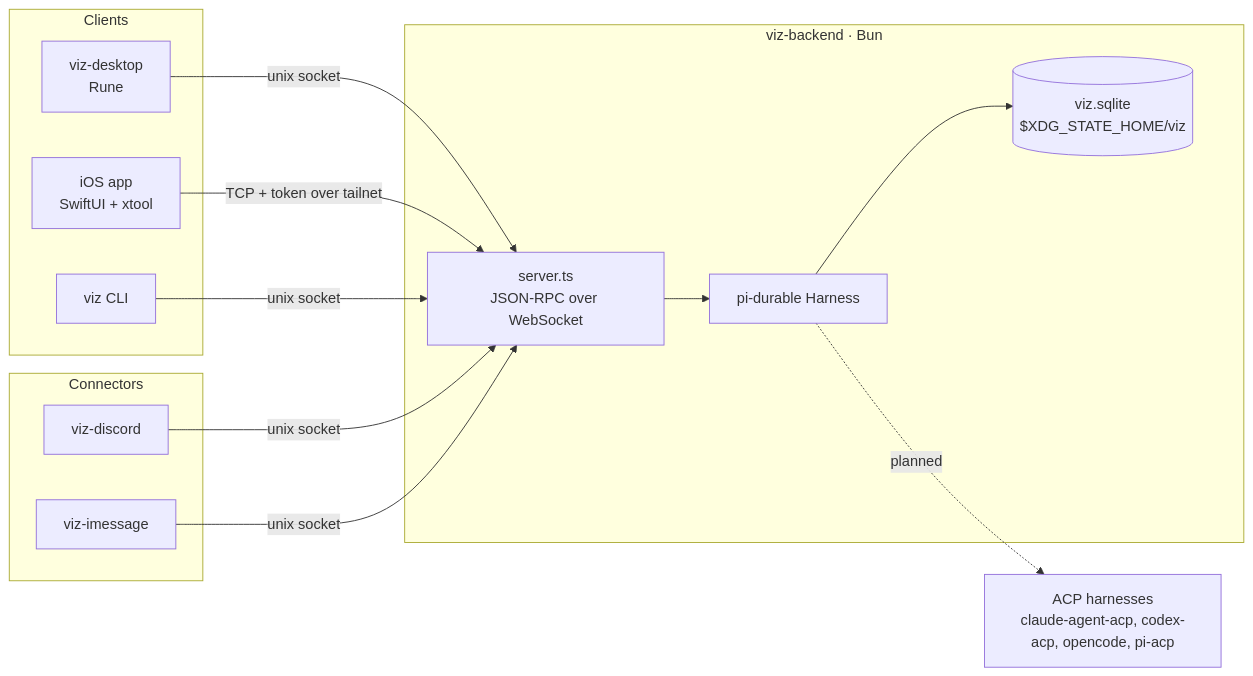
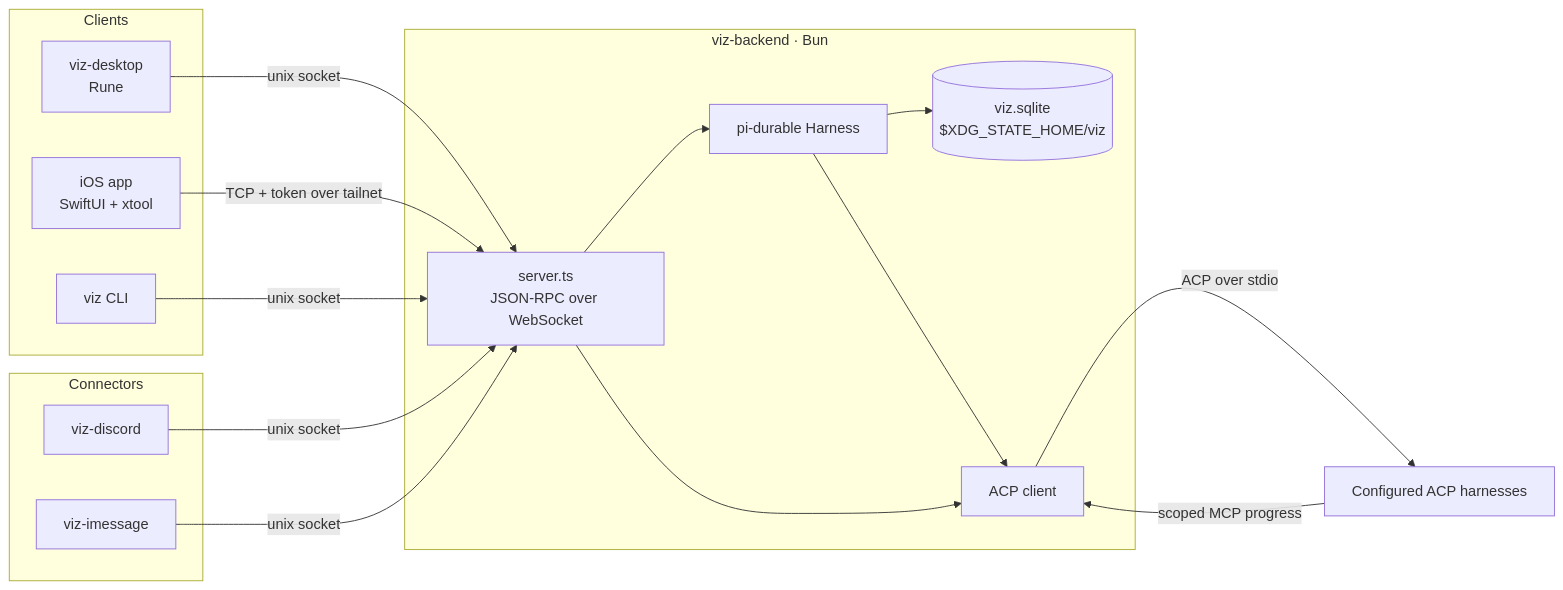
One commit to vidhanio/viz changed the diagram in docs/architecture.md. Above: the diagram before and after it, drawn with Mermaid. The commit also changed other lines of this file and 23 other files, not shown here.

````diff
--- a/docs/architecture.md
+++ b/docs/architecture.md
@@ -5,23 +5,27 @@
 ```mermaid
 flowchart LR
   subgraph clients[Clients]
     desktop[viz-desktop<br/>Rune]
     ios[iOS app<br/>SwiftUI + xtool]
     cli[viz CLI]
   end
   subgraph connectors[Connectors]
     discord[viz-discord]
     imessage[viz-imessage]
   end
   subgraph backend[viz-backend · Bun]
     server[server.ts<br/>JSON-RPC over WebSocket]
     harness[pi-durable Harness]
+    acp[ACP client]
     db[(viz.sqlite<br/>$XDG_STATE_HOME/viz)]
   end
-  harnesses[ACP harnesses<br/>claude-agent-acp, codex-acp, opencode, pi-acp]
+  harnesses[Configured ACP harnesses]
 
   desktop & cli & discord & imessage -- unix socket --> server
   ios -- TCP + token over tailnet --> server
   server --> harness --> db
-  harness -. planned .-> harnesses
+  server --> acp
+  harness --> acp
+  acp -- ACP over stdio --> harnesses
+  harnesses -- scoped MCP progress --> acp
 ```
````
